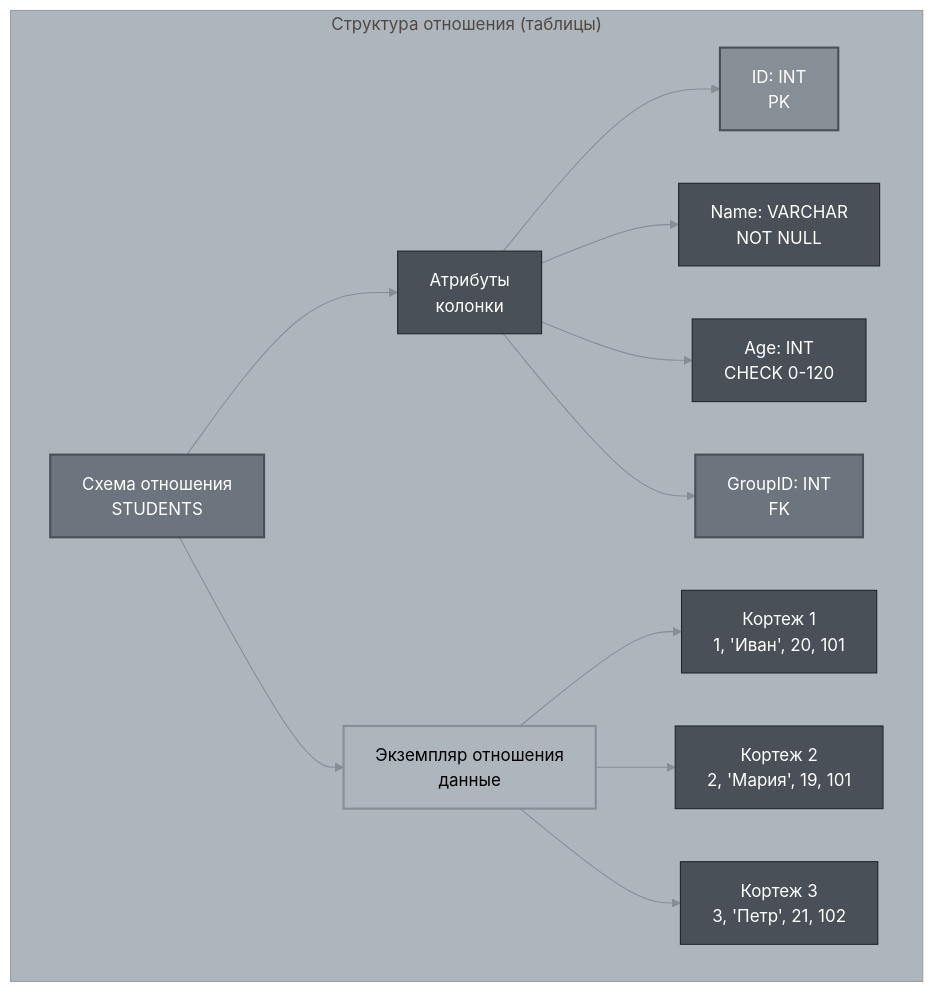
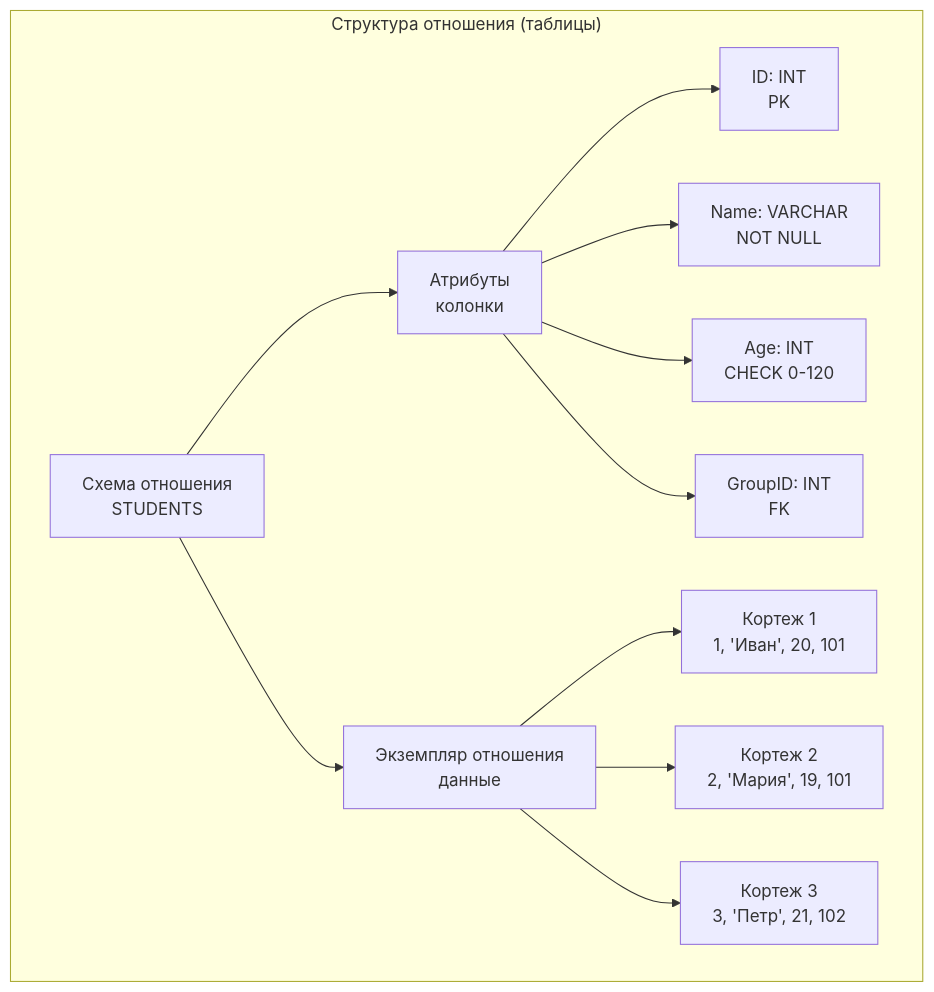
The third of 23 diagrams in db_exam.md (alx314vo/db_exam), drawn with Mermaid before and after one commit. The commit also changed other lines of this file and 1 other file, not shown here.

````diff
--- a/db_exam.md
+++ b/db_exam.md
@@ -182,21 +176,16 @@
 ```mermaid
-%%{init: {'theme':'base', 'themeVariables': {'primaryColor':'#495057','primaryTextColor':'#fff','primaryBorderColor':'#212529','lineColor':'#868e96','secondaryColor':'#6c757d','tertiaryColor':'#adb5bd','background':'#ffffff','textColor':'#212529'}}}%%
 graph TB
     subgraph "Структура отношения (таблицы)"
         A[Схема отношения<br/>STUDENTS] --> B[Атрибуты<br/>колонки]
         B --> C[ID: INT<br/>PK]
         B --> D[Name: VARCHAR<br/>NOT NULL]
         B --> E[Age: INT<br/>CHECK 0-120]
         B --> F[GroupID: INT<br/>FK]
         
         A --> G[Экземпляр отношения<br/>данные]
         G --> H[Кортеж 1<br/>1, 'Иван', 20, 101]
         G --> I[Кортеж 2<br/>2, 'Мария', 19, 101]
         G --> J[Кортеж 3<br/>3, 'Петр', 21, 102]
     end
     
-    style A fill:#6c757d,stroke:#495057,stroke-width:2px,color:#fff
-    style G fill:#adb5bd,stroke:#868e96,stroke-width:2px,color:#000
-    style C fill:#868e96,stroke:#495057,stroke-width:2px,color:#fff
-    style F fill:#6c757d,stroke:#495057,stroke-width:2px,color:#fff
 ```
````
